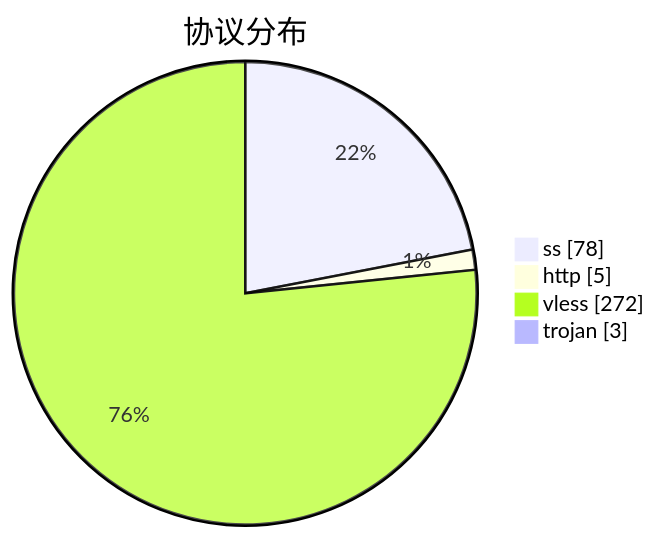
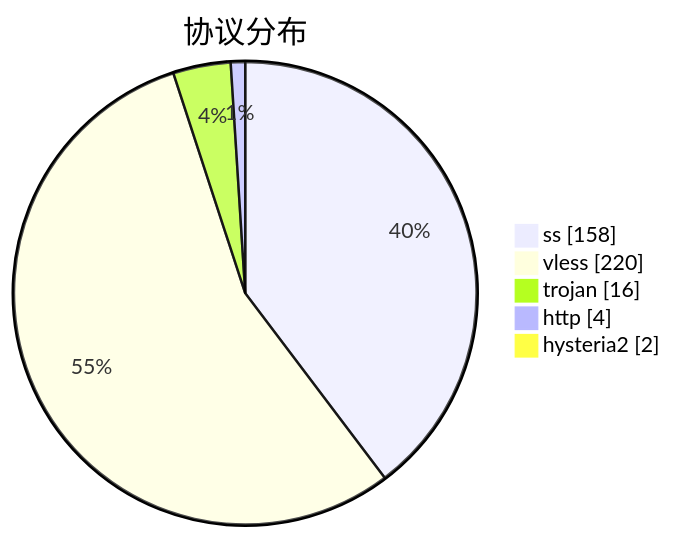
One commit to qjlxg/airport changed the third of 3 diagrams in subs/statistics/tested_within.md. Above: the diagram before and after it, drawn with Mermaid. The commit also changed other lines of this file and 2 other files, not shown here.

````diff
--- a/subs/statistics/tested_within.md
+++ b/subs/statistics/tested_within.md
@@ -18,8 +18,9 @@
 ```mermaid
 pie showData
 title 协议分布
-"ss" : 78
-"http" : 5
-"vless" : 272
-"trojan" : 3
+"ss" : 158
+"vless" : 220
+"trojan" : 16
+"http" : 4
+"hysteria2" : 2
 ```
````
